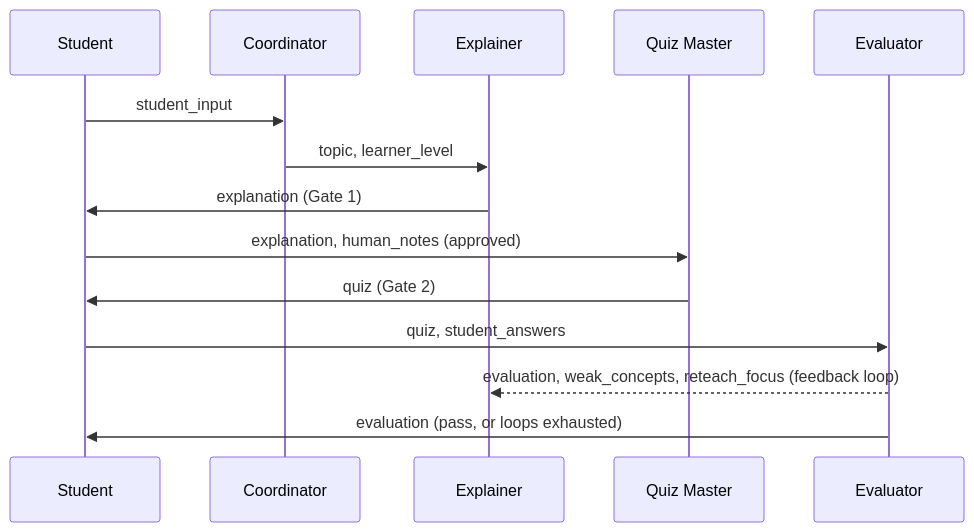
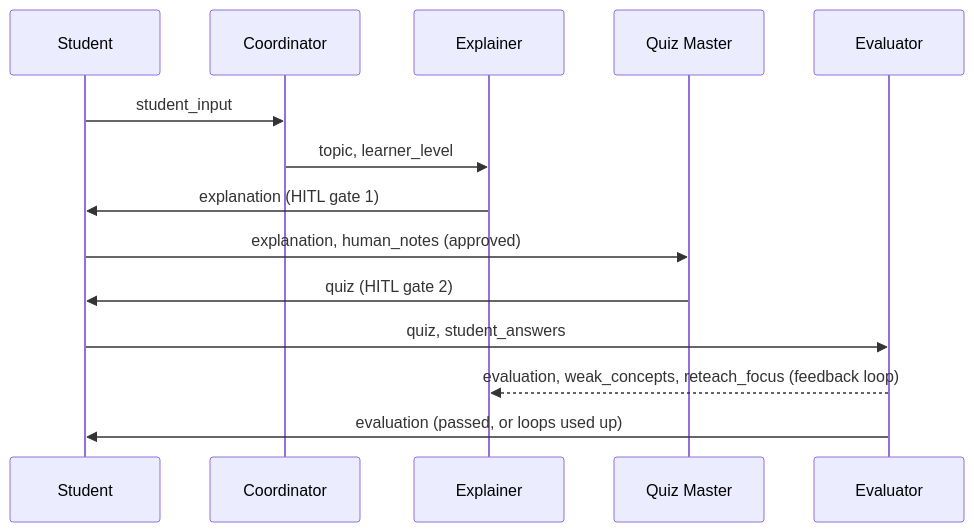
The third of 3 diagrams in README.md (mdshafathossain-tech/Leo_Multi-Agent_AI_Tutor), drawn with Mermaid before and after one commit. The commit also changed other lines of this file, not shown here.

````diff
--- a/README.md
+++ b/README.md
@@ -61,16 +99,16 @@
 ```mermaid
 sequenceDiagram
     participant S as Student
     participant C as Coordinator
     participant E as Explainer
     participant Q as Quiz Master
     participant V as Evaluator
     S->>C: student_input
     C->>E: topic, learner_level
-    E->>S: explanation (Gate 1)
+    E->>S: explanation (HITL gate 1)
     S->>Q: explanation, human_notes (approved)
-    Q->>S: quiz (Gate 2)
+    Q->>S: quiz (HITL gate 2)
     S->>V: quiz, student_answers
     V-->>E: evaluation, weak_concepts, reteach_focus (feedback loop)
-    V->>S: evaluation (pass, or loops exhausted)
+    V->>S: evaluation (passed, or loops used up)
 ```
````
